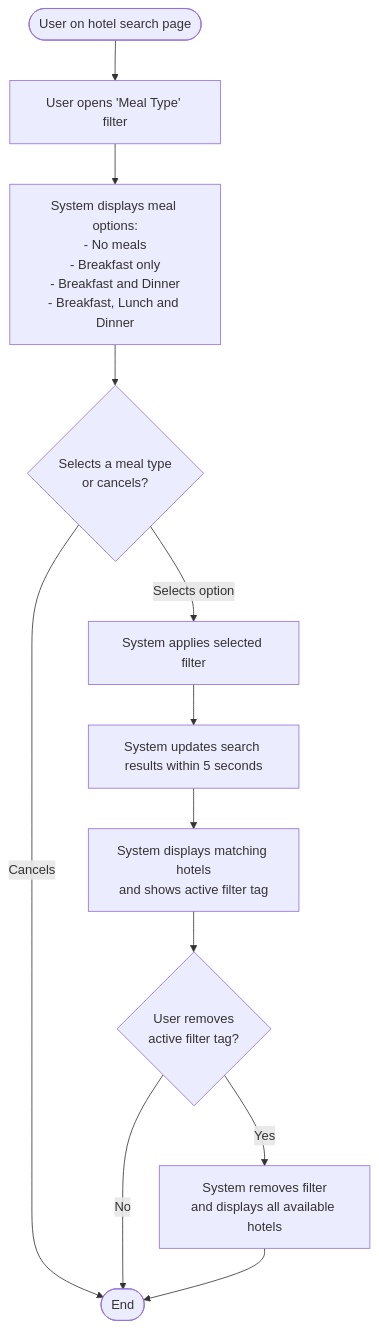
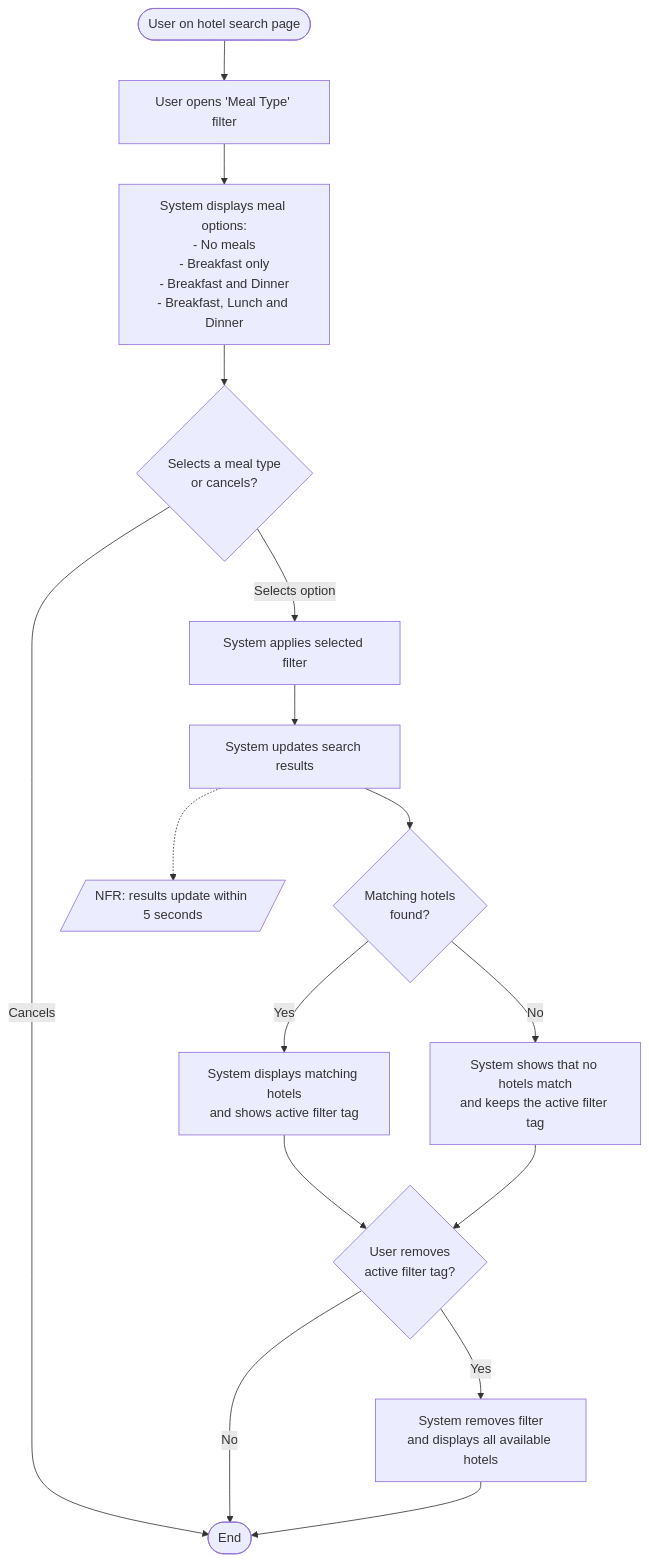
The diagram in docs/diagram.md (Nata-user/Nata-ba-travelmate-booking-request), drawn with Mermaid before and after one commit.

Commit message:
Update diagram

````diff
--- a/docs/diagram.md
+++ b/docs/diagram.md
@@ -3,19 +3,24 @@
 ```mermaid
 flowchart TD
     Start([User on hotel search page]) --> Open[User opens 'Meal Type' filter]
     Open --> Options["System displays meal options:<br/>- No meals<br/>- Breakfast only<br/>- Breakfast and Dinner<br/>- Breakfast, Lunch and Dinner"]
     
     Options --> Decision1{Selects a meal type<br/>or cancels?}
     
     Decision1 -- Cancels --> End([End])
     
     Decision1 -- Selects option --> Apply[System applies selected filter]
-    Apply --> Update[System updates search results within 5 seconds]
-    Update --> Display[System displays matching hotels<br/>and shows active filter tag]
-    
+    Apply --> Update[System updates search results]
+    Update -.-> NFR[/"NFR: results update within 5 seconds"/]
+    Update --> HasResults{Matching hotels<br/>found?}
+
+    HasResults -- Yes --> Display[System displays matching hotels<br/>and shows active filter tag]
+    HasResults -- No --> Empty[System shows that no hotels match<br/>and keeps the active filter tag]
+
     Display --> Decision2{User removes<br/>active filter tag?}
-    
+    Empty --> Decision2
+
     Decision2 -- No --> End
     Decision2 -- Yes --> Remove[System removes filter<br/>and displays all available hotels]
     Remove --> End
 ```
````
